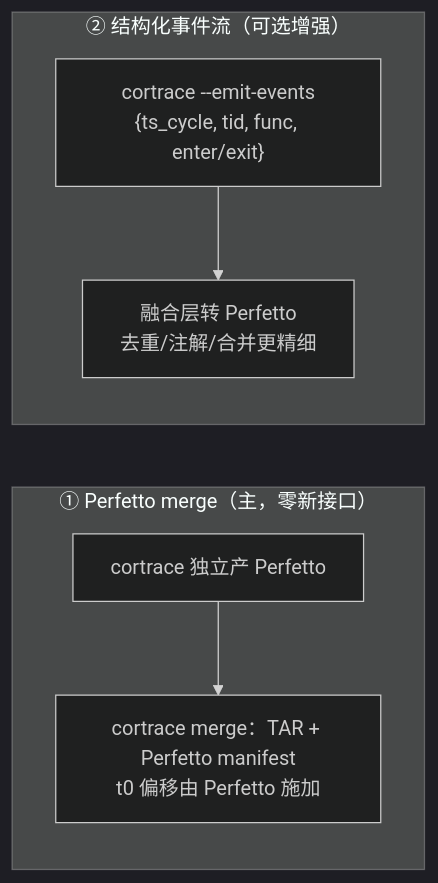
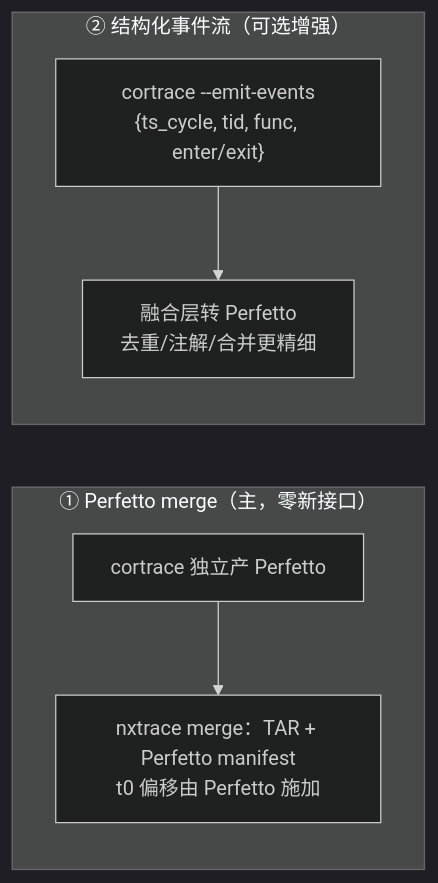
The sixth of 6 diagrams in docs/02-nxtrace-fusion.md (FASTSHIFT/cortrace), drawn with Mermaid (dark theme) before and after one commit. The commit also changed other lines of this file and 4 other files, not shown here.

First line of the commit message:
docs: describe cortrace as hardware-only and merging with nxtrace merge

````diff
--- a/docs/02-nxtrace-fusion.md
+++ b/docs/02-nxtrace-fusion.md
@@ -204,9 +204,9 @@
 ```mermaid
 flowchart LR
     subgraph OPT1["① Perfetto merge（主，零新接口）"]
-        P1["cortrace 独立产 Perfetto"] --> P2["cortrace merge：TAR + Perfetto manifest<br>t0 偏移由 Perfetto 施加"]
+        P1["cortrace 独立产 Perfetto"] --> P2["nxtrace merge：TAR + Perfetto manifest<br>t0 偏移由 Perfetto 施加"]
     end
     subgraph OPT2["② 结构化事件流（可选增强）"]
         Q1["cortrace --emit-events<br>{ts_cycle, tid, func, enter/exit}"] --> Q2["融合层转 Perfetto<br>去重/注解/合并更精细"]
     end
 ```
````
